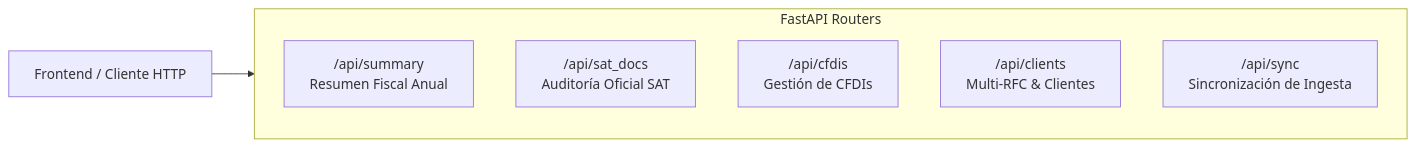
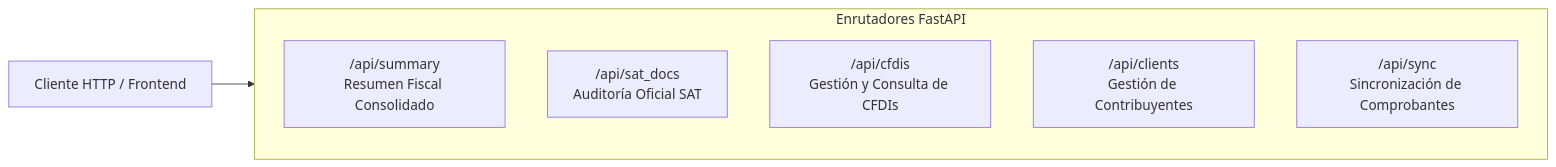
The diagram in docs/05_api_endpoints.md (shellaquiles/tribuTACOS), drawn with Mermaid before and after one commit. The commit also changed other lines of this file and 10 other files, not shown here.

````diff
--- a/docs/05_api_endpoints.md
+++ b/docs/05_api_endpoints.md
@@ -11,12 +11,12 @@
 ```mermaid
 graph LR
-    ClientApp["Frontend / Cliente HTTP"] --> Routers
+    ClientApp[Cliente HTTP / Frontend] --> Routers
     
-    subgraph Routers["FastAPI Routers"]
-        R1["/api/summary\nResumen Fiscal Anual"]
+    subgraph Routers[Enrutadores FastAPI]
+        R1["/api/summary\nResumen Fiscal Consolidado"]
         R2["/api/sat_docs\nAuditoría Oficial SAT"]
-        R3["/api/cfdis\nGestión de CFDIs"]
-        R4["/api/clients\nMulti-RFC & Clientes"]
-        R5["/api/sync\nSincronización de Ingesta"]
+        R3["/api/cfdis\nGestión y Consulta de CFDIs"]
+        R4["/api/clients\nGestión de Contribuyentes"]
+        R5["/api/sync\nSincronización de Comprobantes"]
     end
 ```
````
